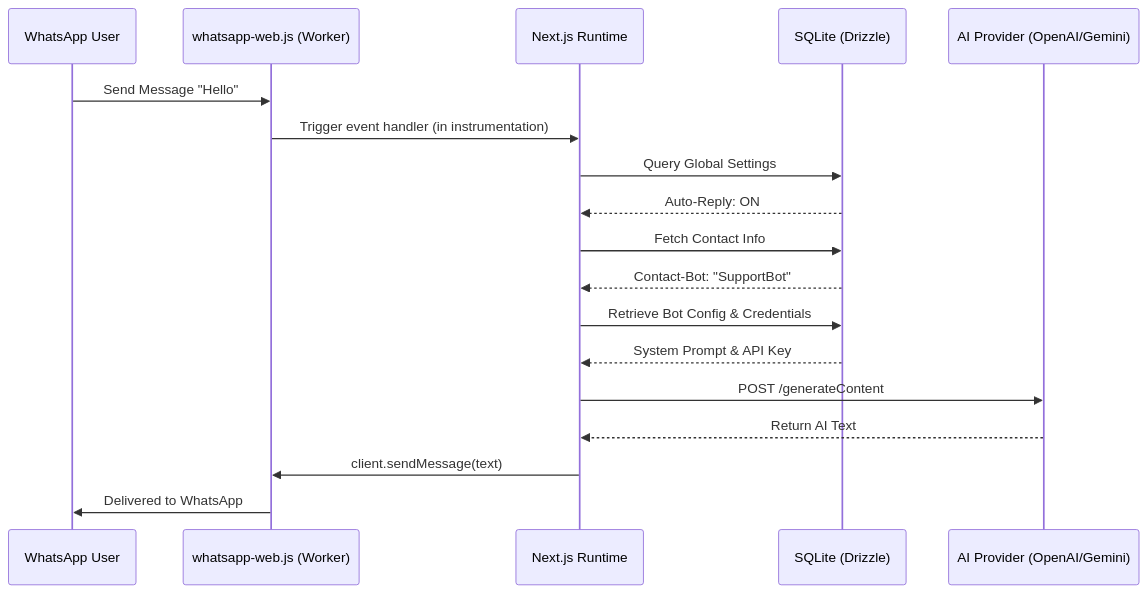
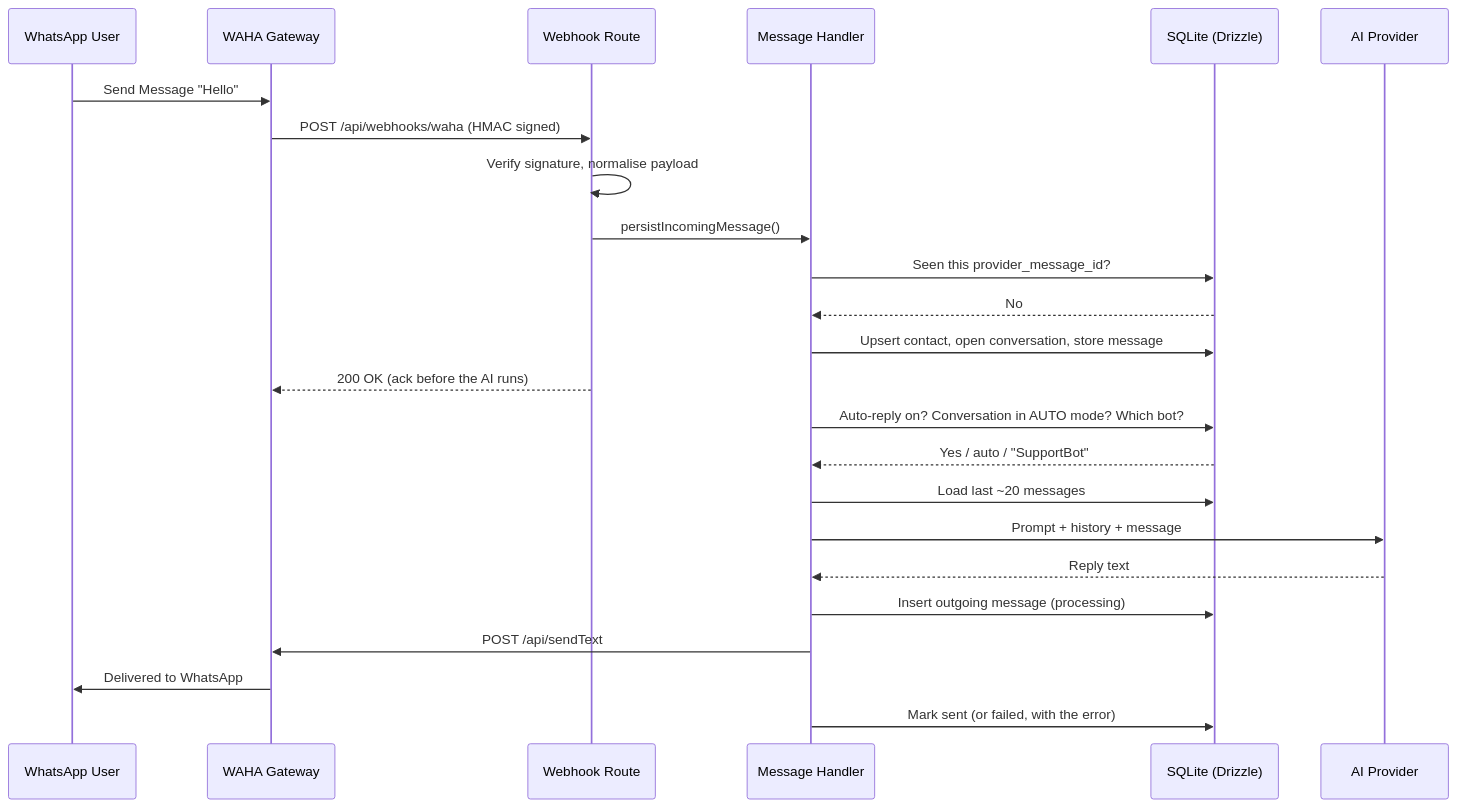
One commit to boonpin/wa-chat-flow changed the second of 2 diagrams in docs/SYSTEM_DESIGN.md. Above: the diagram before and after it, drawn with Mermaid. The commit also changed other lines of this file and 82 other files, not shown here.

Commit message:
feat: update database schema and blast campaign route configuration

````diff
--- a/docs/SYSTEM_DESIGN.md
+++ b/docs/SYSTEM_DESIGN.md
@@ -76,21 +110,27 @@
 ```mermaid
 sequenceDiagram
     participant User as WhatsApp User
-    participant WA as whatsapp-web.js (Worker)
-    participant NJS as Next.js Runtime
+    participant WAHA as WAHA Gateway
+    participant WH as Webhook Route
+    participant H as Message Handler
     participant DB as SQLite (Drizzle)
-    participant AI as AI Provider (OpenAI/Gemini)
+    participant AI as AI Provider
 
-    User->>WA: Send Message "Hello"
-    WA->>NJS: Trigger event handler (in instrumentation)
-    NJS->>DB: Query Global Settings
-    DB-->>NJS: Auto-Reply: ON
-    NJS->>DB: Fetch Contact Info
-    DB-->>NJS: Contact-Bot: "SupportBot"
-    NJS->>DB: Retrieve Bot Config & Credentials
-    DB-->>NJS: System Prompt & API Key
-    NJS->>AI: POST /generateContent
-    AI-->>NJS: Return AI Text
-    NJS->>WA: client.sendMessage(text)
-    WA->>User: Delivered to WhatsApp
+    User->>WAHA: Send Message "Hello"
+    WAHA->>WH: POST /api/webhooks/waha (HMAC signed)
+    WH->>WH: Verify signature, normalise payload
+    WH->>H: persistIncomingMessage()
+    H->>DB: Seen this provider_message_id?
+    DB-->>H: No
+    H->>DB: Upsert contact, open conversation, store message
+    WH-->>WAHA: 200 OK (ack before the AI runs)
+    H->>DB: Auto-reply on? Conversation in AUTO mode? Which bot?
+    DB-->>H: Yes / auto / "SupportBot"
+    H->>DB: Load last ~20 messages
+    H->>AI: Prompt + history + message
+    AI-->>H: Reply text
+    H->>DB: Insert outgoing message (processing)
+    H->>WAHA: POST /api/sendText
+    WAHA->>User: Delivered to WhatsApp
+    H->>DB: Mark sent (or failed, with the error)
 ```
````
